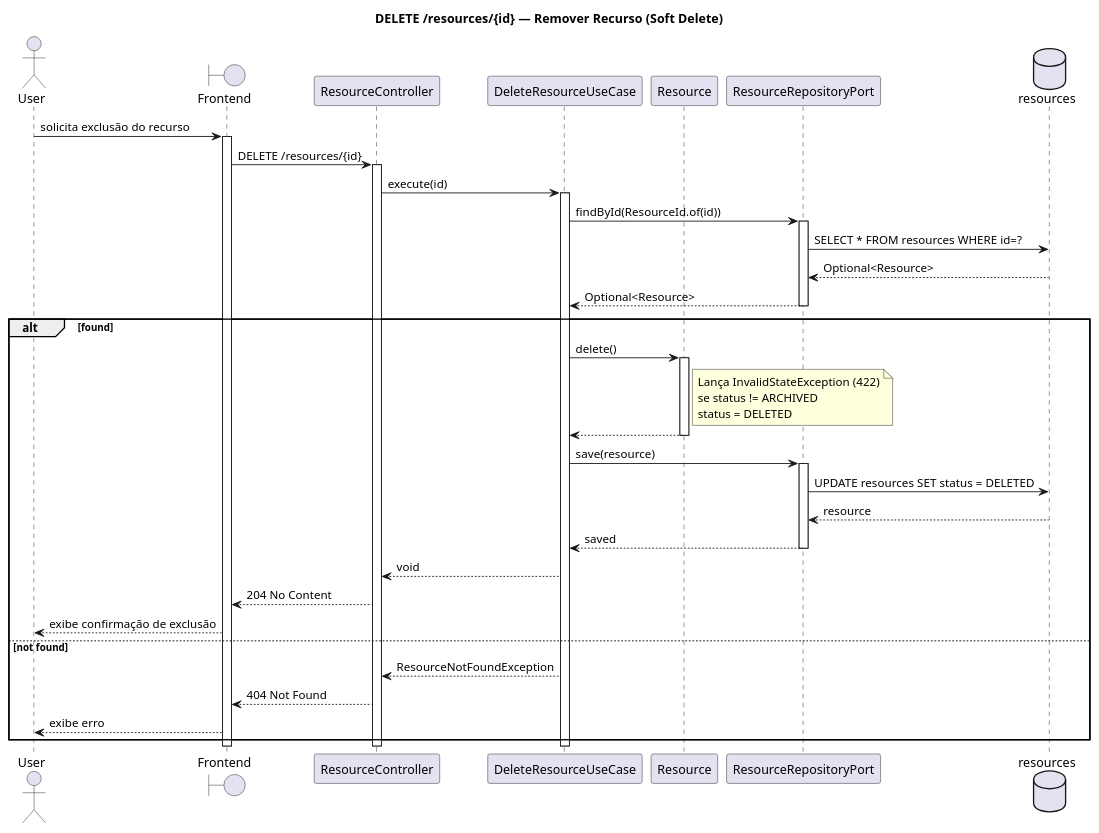
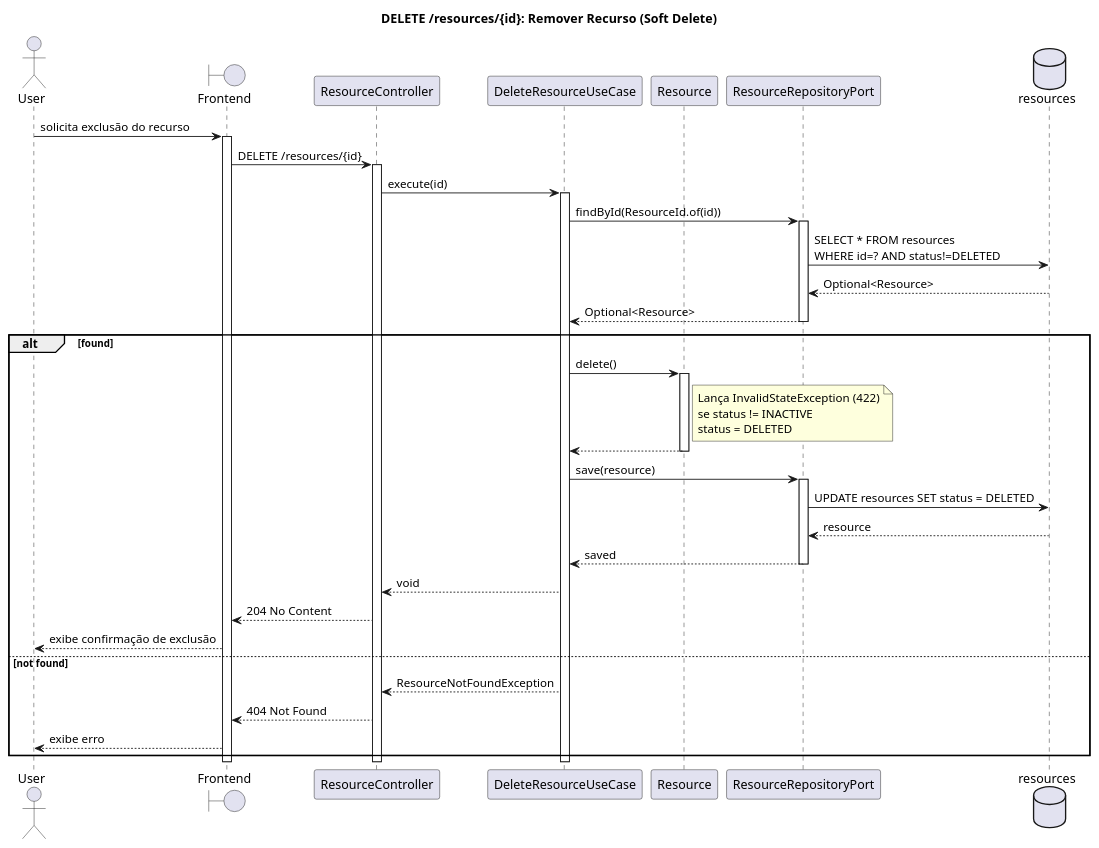
Before and after one commit to Neoguara/rooms-diagrams: the diagram in src/plantuml/sequencia/resource/delete_resource.puml, drawn with PlantUML. The commit also changed 73 other files, not shown here.

```diff
--- a/src/plantuml/sequencia/resource/delete_resource.puml
+++ b/src/plantuml/sequencia/resource/delete_resource.puml
@@ -1,55 +1,55 @@
 @startuml delete_resource
 
-title DELETE /resources/{id} — Remover Recurso (Soft Delete)
+title DELETE /resources/{id}: Remover Recurso (Soft Delete)
 
 actor User
 boundary "Frontend" as FE
 participant "ResourceController" as Ctrl
 participant "DeleteResourceUseCase" as UC
 participant "Resource" as Entity
 participant "ResourceRepositoryPort" as Repo
 database "resources" as DB
 
 User -> FE: solicita exclusão do recurso
 activate FE
 FE -> Ctrl: DELETE /resources/{id}
 activate Ctrl
 
 Ctrl -> UC: execute(id)
 activate UC
 
 UC -> Repo: findById(ResourceId.of(id))
 activate Repo
-Repo -> DB: SELECT * FROM resources WHERE id=?
+Repo -> DB: SELECT * FROM resources\nWHERE id=? AND status!=DELETED
 DB --> Repo: Optional<Resource>
 Repo --> UC: Optional<Resource>
 deactivate Repo
 
 alt found
   UC -> Entity: delete()
   activate Entity
-  note right of Entity: Lança InvalidStateException (422)\nse status != ARCHIVED\nstatus = DELETED
+  note right of Entity: Lança InvalidStateException (422)\nse status != INACTIVE\nstatus = DELETED
   Entity --> UC:
   deactivate Entity
 
   UC -> Repo: save(resource)
   activate Repo
   Repo -> DB: UPDATE resources SET status = DELETED
   DB --> Repo: resource
   Repo --> UC: saved
   deactivate Repo
 
   UC --> Ctrl: void
   Ctrl --> FE: 204 No Content
   FE --> User: exibe confirmação de exclusão
 else not found
   UC --> Ctrl: ResourceNotFoundException
   Ctrl --> FE: 404 Not Found
   FE --> User: exibe erro
 end
 
 deactivate UC
 deactivate Ctrl
 deactivate FE
 
 @enduml
```
